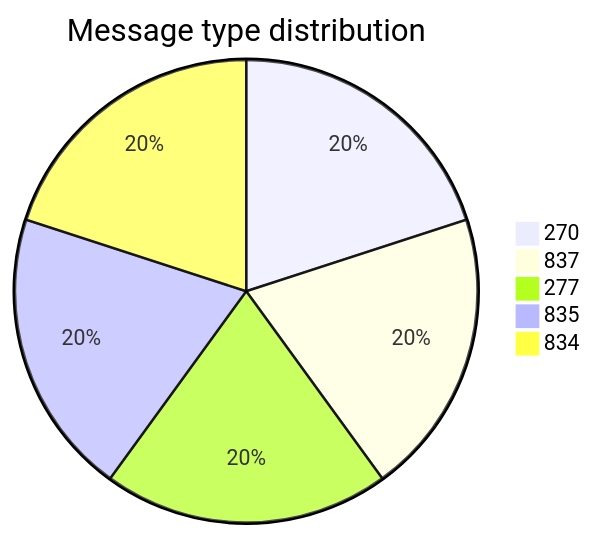
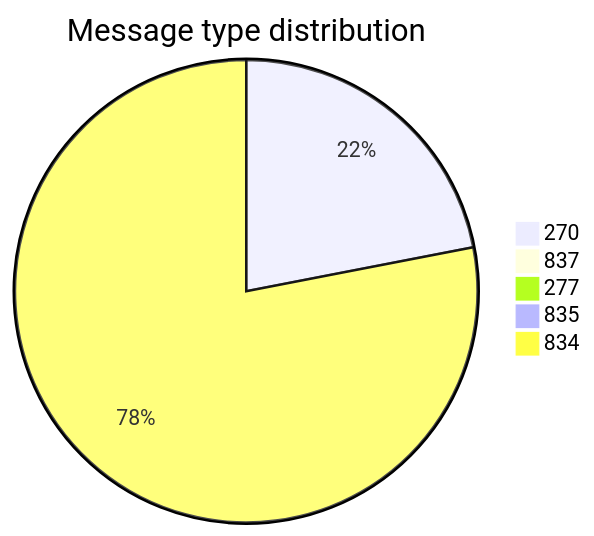
Before and after one commit to dhagan-va/intern-2025: the first of 10 diagrams in test-tools/DataGen/src/Statistics_Visualizer.md, drawn with Mermaid. The commit also changed other lines of this file and 8 other files, not shown here.

````diff
--- a/test-tools/DataGen/src/Statistics_Visualizer.md
+++ b/test-tools/DataGen/src/Statistics_Visualizer.md
@@ -18,8 +18,8 @@
 ```mermaid
 pie title Message type distribution
-    "270" : 1796
-    "837" : 1796
-    "277" : 1796
-    "835" : 1796
+    "270" : 505
+    "837" : 0
+    "277" : 0
+    "835" : 0
     "834" : 1796
 ```
````
